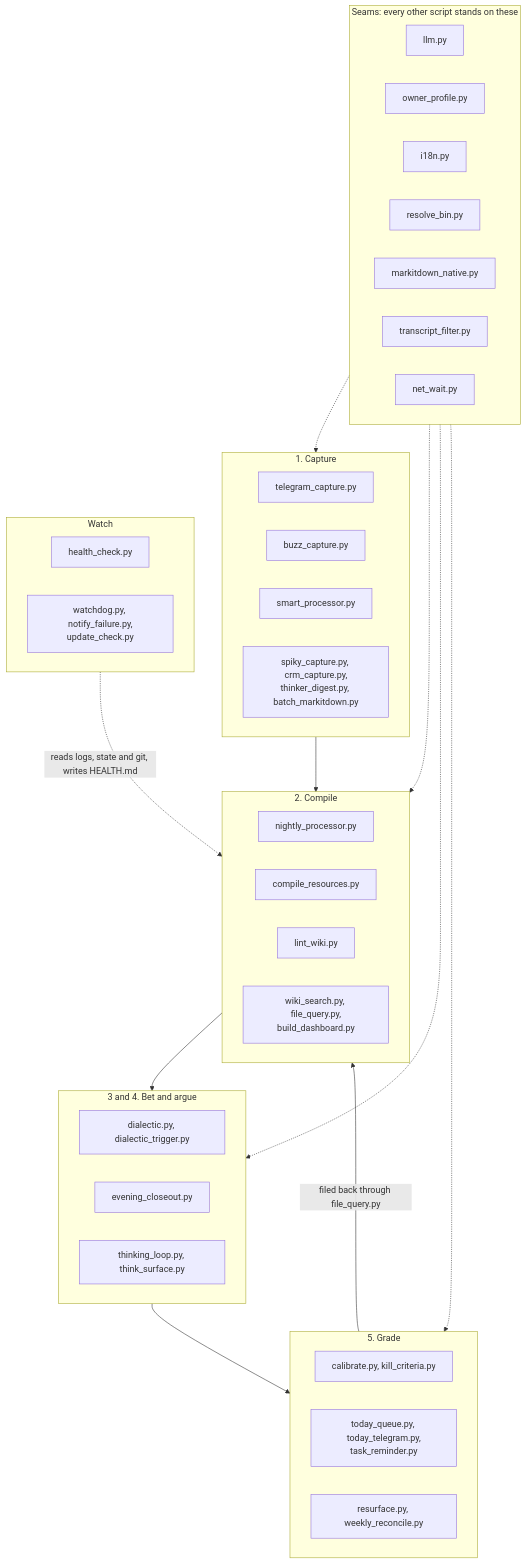
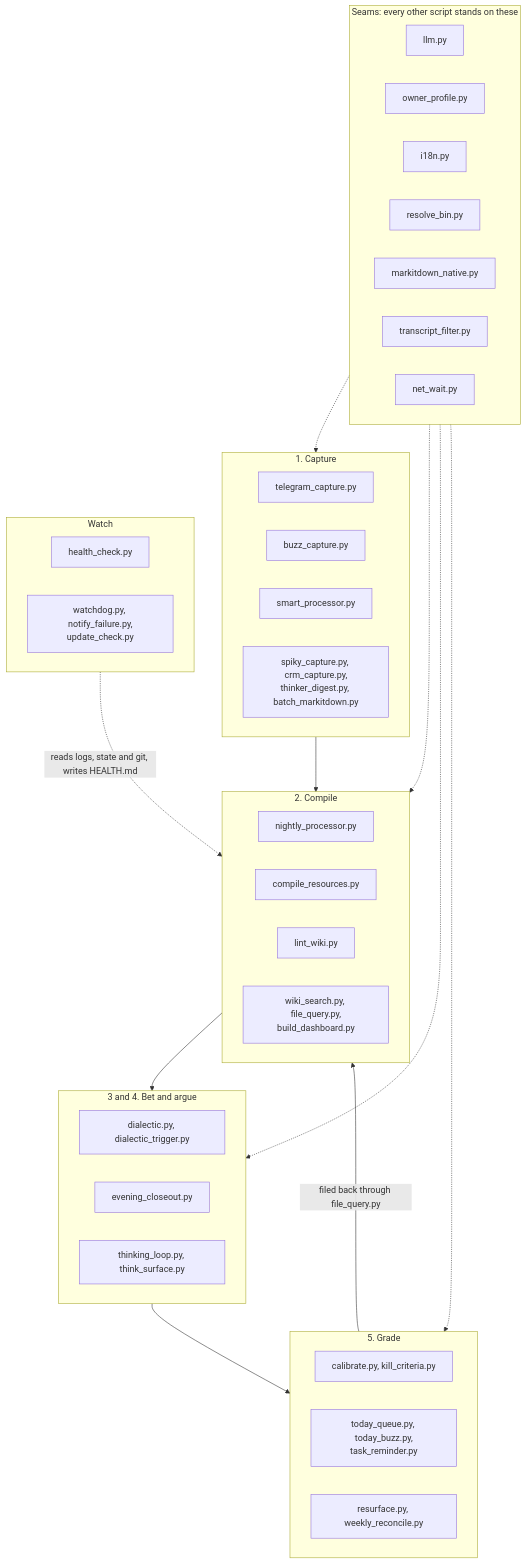
One commit to ezapmar/brainless-public changed the diagram in docs/scripts.md. Above: the diagram before and after it, drawn with Mermaid. The commit also changed other lines of this file and 44 other files, not shown here.

First line of the commit message:
Buzz owns every outbound message. Telegram only captures.

````diff
--- a/docs/scripts.md
+++ b/docs/scripts.md
@@ -44,53 +44,53 @@
 ```mermaid
 flowchart TD
   subgraph seams["Seams: every other script stands on these"]
     llm["llm.py"]
     prof["owner_profile.py"]
     i18n["i18n.py"]
     bin["resolve_bin.py"]
     mid["markitdown_native.py"]
     tf["transcript_filter.py"]
     nw["net_wait.py"]
   end
 
   subgraph capture["1. Capture"]
     tg["telegram_capture.py"]
     bz["buzz_capture.py"]
     sp["smart_processor.py"]
     ing["spiky_capture.py, crm_capture.py,<br/>thinker_digest.py, batch_markitdown.py"]
   end
 
   subgraph compile["2. Compile"]
     night["nightly_processor.py"]
     comp["compile_resources.py"]
     lint["lint_wiki.py"]
     find["wiki_search.py, file_query.py,<br/>build_dashboard.py"]
   end
 
   subgraph argue["3 and 4. Bet and argue"]
     dia["dialectic.py, dialectic_trigger.py"]
     close["evening_closeout.py"]
     think["thinking_loop.py, think_surface.py"]
   end
 
   subgraph grade["5. Grade"]
     cal["calibrate.py, kill_criteria.py"]
-    today["today_queue.py, today_telegram.py,<br/>task_reminder.py"]
+    today["today_queue.py, today_buzz.py,<br/>task_reminder.py"]
     mem["resurface.py, weekly_reconcile.py"]
   end
 
   subgraph watch["Watch"]
     hc["health_check.py"]
     wd["watchdog.py, notify_failure.py,<br/>update_check.py"]
   end
 
   capture --> compile
   compile --> argue
   argue --> grade
   grade -->|"filed back through file_query.py"| compile
   seams -.-> capture
   seams -.-> compile
   seams -.-> argue
   seams -.-> grade
   watch -.->|"reads logs, state and git, writes HEALTH.md"| compile
 ```
````
